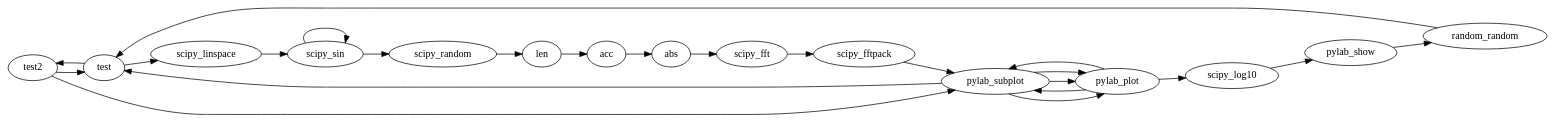
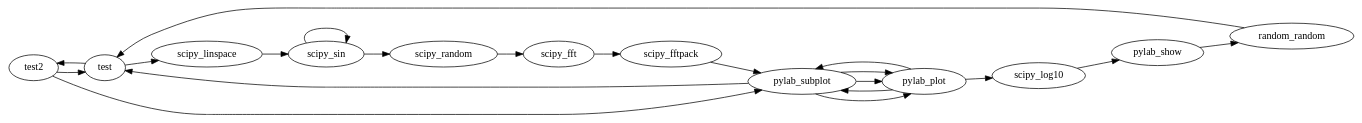
The diagram in Misc/LN/callgraphmanip/input1.dot (Multicia/Courses), drawn with Graphviz before and after one commit. The commit also changed 347 other files, not shown here.

Commit message:
can remove nodes from call graph + helper for text mining added

```diff
--- a/Misc/LN/callgraphmanip/input1.dot
+++ b/Misc/LN/callgraphmanip/input1.dot
@@ -1,26 +1,23 @@
 digraph G {
 rankdir=LR
 test2 -> test;
 test->scipy_linspace;
 scipy_linspace->scipy_sin;
 scipy_sin->scipy_sin;
 scipy_sin->scipy_random;
-scipy_random->len;
-len->acc;
-acc->abs;
-abs->scipy_fft;
 scipy_fft->scipy_fftpack;
 scipy_fftpack->pylab_subplot;
 pylab_subplot->pylab_plot;
 pylab_plot->pylab_subplot;
 pylab_subplot->pylab_plot;
 pylab_plot->scipy_log10;
 scipy_log10->pylab_show;
 pylab_show->random_random;
 random_random->test;
 test2->pylab_subplot;
 pylab_subplot->pylab_plot;
 pylab_plot->pylab_subplot;
 pylab_subplot->test;
 test->test2
+scipy_random->scipy_fft;
 }
```
